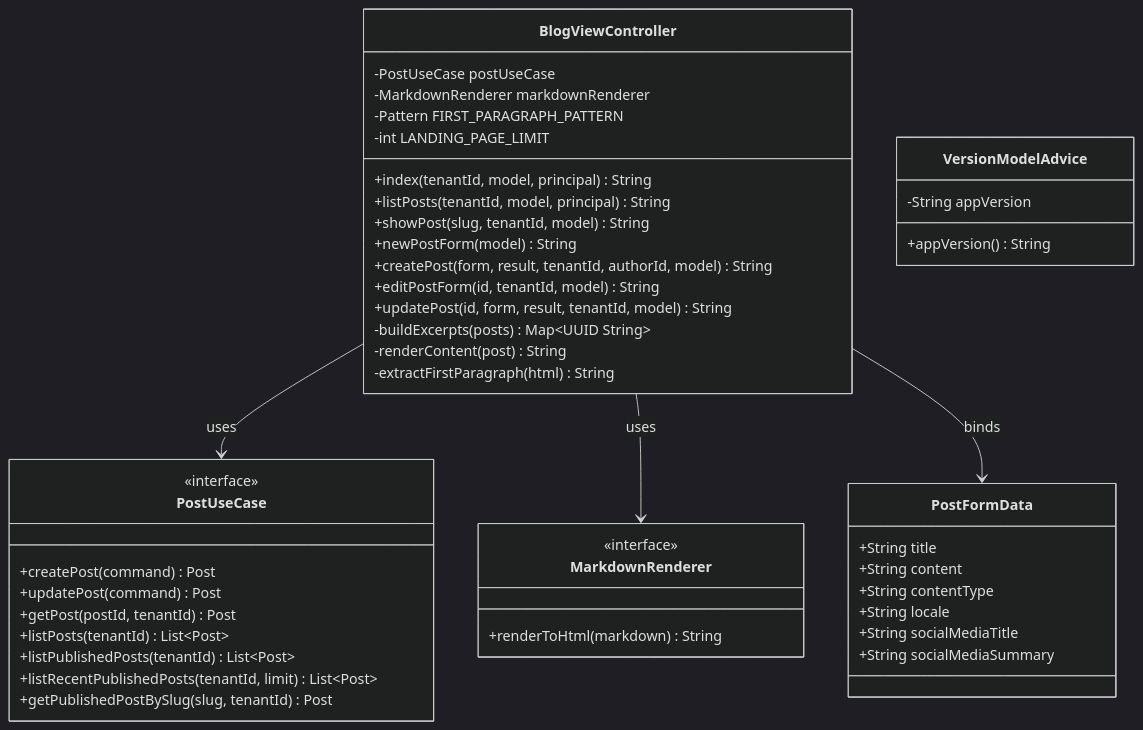
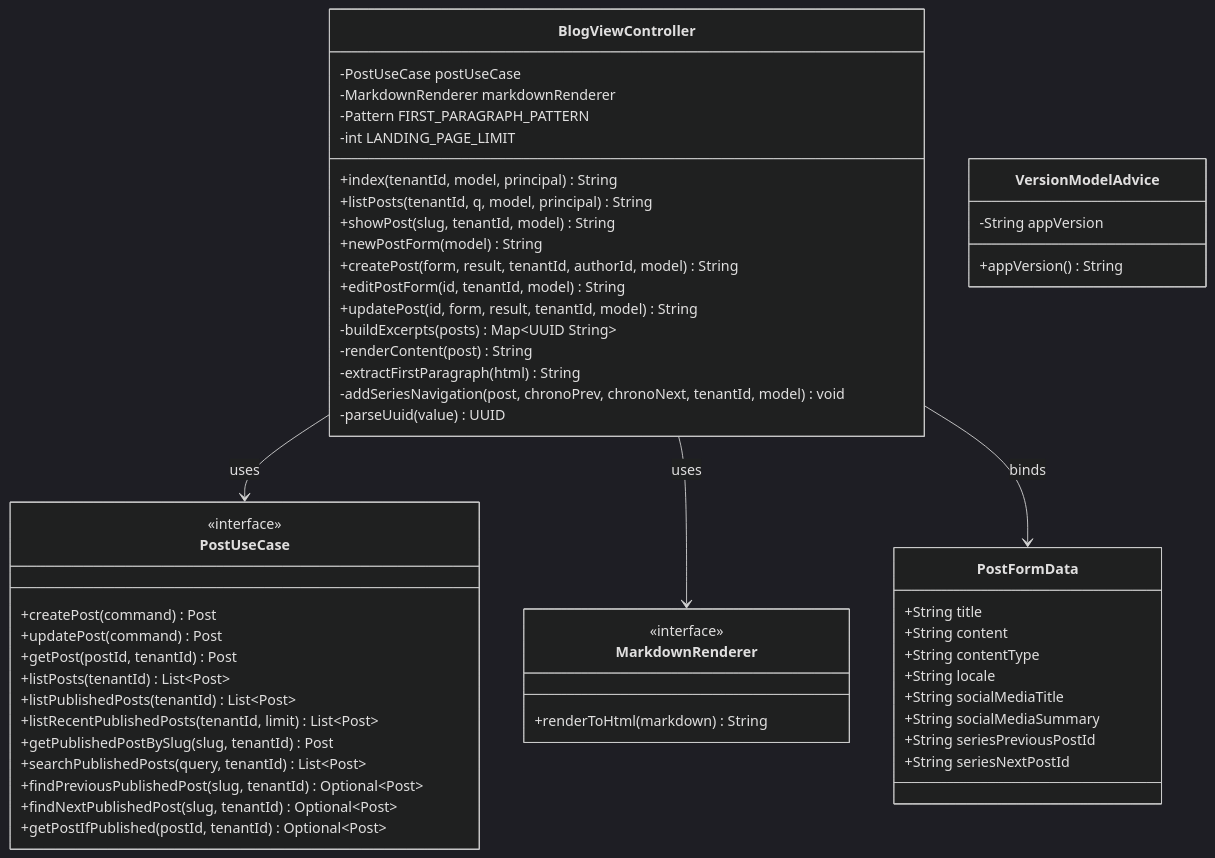
Before and after one commit to tomirgang/tomsblog: the fourth of 13 diagrams in docs/design/modules/ROOT/pages/blog-content/index.adoc, drawn with Mermaid (dark theme). The commit also changed other lines of this file and 31 other files, not shown here.

```diff
--- a/docs/design/modules/ROOT/pages/blog-content/index.adoc
+++ b/docs/design/modules/ROOT/pages/blog-content/index.adoc
@@ -353,54 +384,62 @@
 [mermaid]
 ----
 classDiagram
     class BlogViewController {
         -PostUseCase postUseCase
         -MarkdownRenderer markdownRenderer
         -Pattern FIRST_PARAGRAPH_PATTERN
         -int LANDING_PAGE_LIMIT
         +index(tenantId, model, principal) String
-        +listPosts(tenantId, model, principal) String
+        +listPosts(tenantId, q, model, principal) String
         +showPost(slug, tenantId, model) String
         +newPostForm(model) String
         +createPost(form, result, tenantId, authorId, model) String
         +editPostForm(id, tenantId, model) String
         +updatePost(id, form, result, tenantId, model) String
         -buildExcerpts(posts) Map~UUID String~
         -renderContent(post) String
         -extractFirstParagraph(html) String
+        -addSeriesNavigation(post, chronoPrev, chronoNext, tenantId, model) void
+        -parseUuid(value) UUID
     }
 
     class MarkdownRenderer {
         <<interface>>
         +renderToHtml(markdown) String
     }
 
     class VersionModelAdvice {
         -String appVersion
         +appVersion() String
     }
 
     class PostFormData {
         +String title
         +String content
         +String contentType
         +String locale
         +String socialMediaTitle
         +String socialMediaSummary
+        +String seriesPreviousPostId
+        +String seriesNextPostId
     }
 
     class PostUseCase {
         <<interface>>
         +createPost(command) Post
         +updatePost(command) Post
         +getPost(postId, tenantId) Post
         +listPosts(tenantId) List~Post~
         +listPublishedPosts(tenantId) List~Post~
         +listRecentPublishedPosts(tenantId, limit) List~Post~
         +getPublishedPostBySlug(slug, tenantId) Post
+        +searchPublishedPosts(query, tenantId) List~Post~
+        +findPreviousPublishedPost(slug, tenantId) Optional~Post~
+        +findNextPublishedPost(slug, tenantId) Optional~Post~
+        +getPostIfPublished(postId, tenantId) Optional~Post~
     }
 
     BlogViewController --> PostUseCase : uses
     BlogViewController --> MarkdownRenderer : uses
     BlogViewController --> PostFormData : binds
 ----
```
